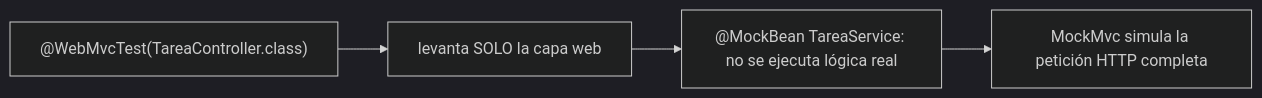
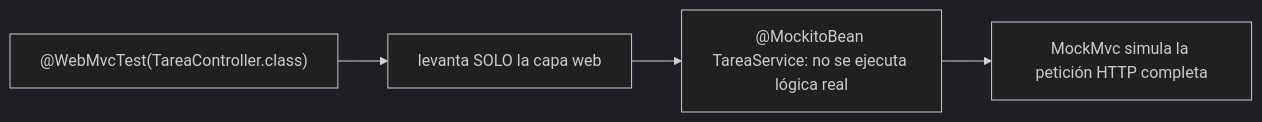
One commit to NICORUIZ93/Academia_Floci changed the first of 2 diagrams in web/public/content/spring-boot/modulo-6.md. Above: the diagram before and after it, drawn with Mermaid (dark theme). The commit also changed other lines of this file and 63 other files, not shown here.

````diff
--- a/web/public/content/spring-boot/modulo-6.md
+++ b/web/public/content/spring-boot/modulo-6.md
@@ -30,6 +30,6 @@
 ```mermaid
 flowchart LR
   A["@WebMvcTest(TareaController.class)"] --> B[levanta SOLO la capa web]
-  B --> C["@MockBean TareaService: no se ejecuta lógica real"]
+  B --> C["@MockitoBean TareaService: no se ejecuta lógica real"]
   C --> D[MockMvc simula la petición HTTP completa]
 ```
````
